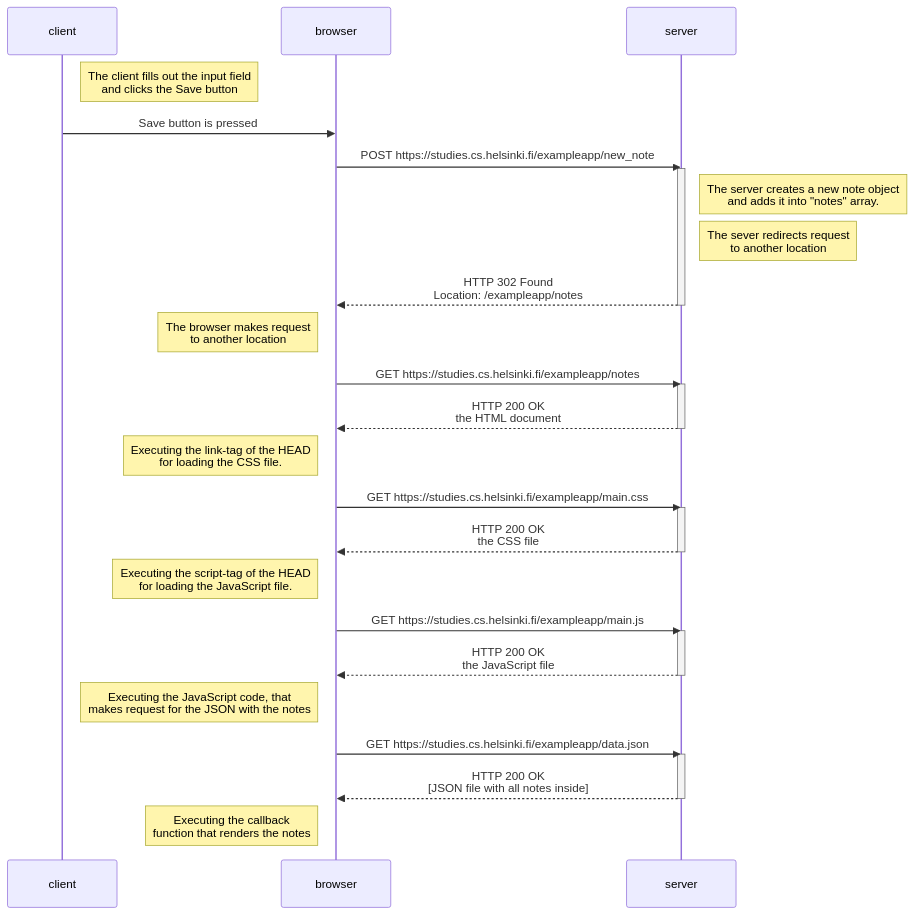
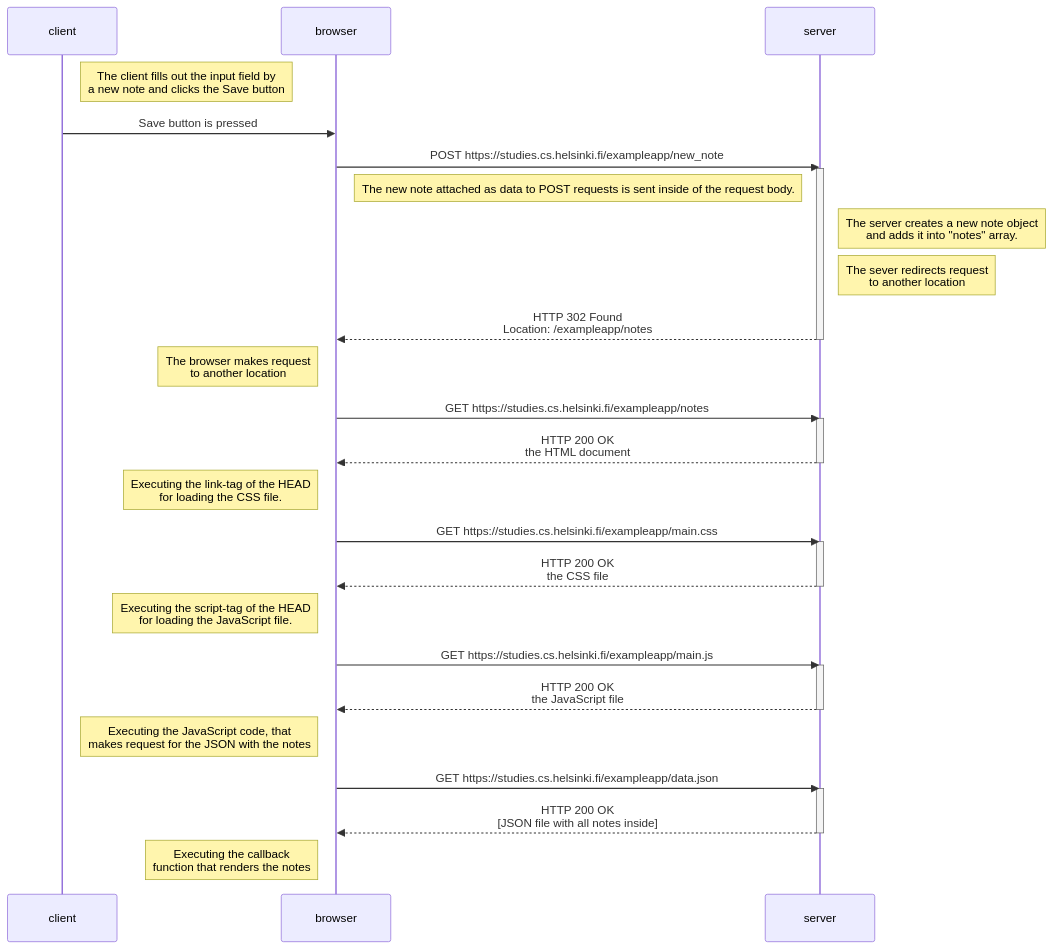
Before and after one commit to VadimZubchenko/fullstack-open-tehtavat: the diagram in osa0/uusi_muistiinpano/README.md, drawn with Mermaid.

````diff
--- a/osa0/uusi_muistiinpano/README.md
+++ b/osa0/uusi_muistiinpano/README.md
@@ -1,42 +1,43 @@
 ```mermaid
 sequenceDiagram
     participant client
     participant browser
     participant server
     
-    Note right of client: The client fills out the input field<br/>and clicks the Save button
+    Note right of client: The client fills out the input field by<br/>a new note and clicks the Save button
     client->>browser: Save button is pressed
     browser->>server: POST https://studies.cs.helsinki.fi/exampleapp/new_note
     activate server
+    Note right of browser: The new note attached as data to POST requests is sent inside of the request body.
     Note right of server: The server creates a new note object<br/>and adds it into "notes" array.
     Note right of server: The sever redirects request<br/>to another location                         
     server-->>browser: HTTP 302 Found<br/>Location: /exampleapp/notes
     deactivate server
 
     Note left of browser: The browser makes request<br/>to another location
     browser->>server: GET https://studies.cs.helsinki.fi/exampleapp/notes
     activate server
     server-->>browser: HTTP 200 OK<br/>the HTML document
     deactivate server
 
     Note left of browser: Executing the link-tag of the HEAD<br/>for loading the CSS file.
     browser->>server: GET https://studies.cs.helsinki.fi/exampleapp/main.css
     activate server
     server-->>browser: HTTP 200 OK<br/>the CSS file
     deactivate server
     Note left of browser: Executing the script-tag of the HEAD<br/>for loading the JavaScript file.
 
     browser->>server: GET https://studies.cs.helsinki.fi/exampleapp/main.js
     activate server
     server-->>browser: HTTP 200 OK<br/>the JavaScript file
     deactivate server
     
     Note left of browser: Executing the JavaScript code, that<br/>makes request for the JSON with the notes   
     
     browser->>server: GET https://studies.cs.helsinki.fi/exampleapp/data.json
     activate server
     server-->>browser: HTTP 200 OK<br/>[JSON file with all notes inside]
     deactivate server    
 
     Note left of browser: Executing the callback<br/>function that renders the notes
 ```
````
